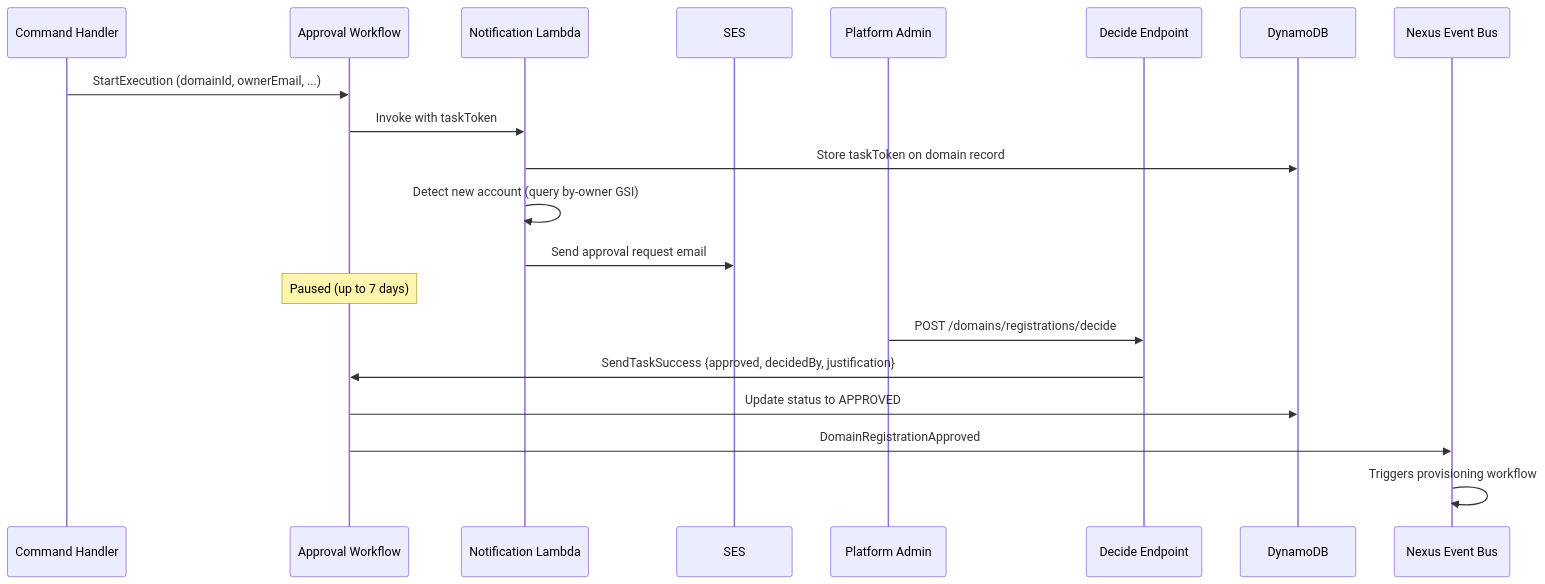
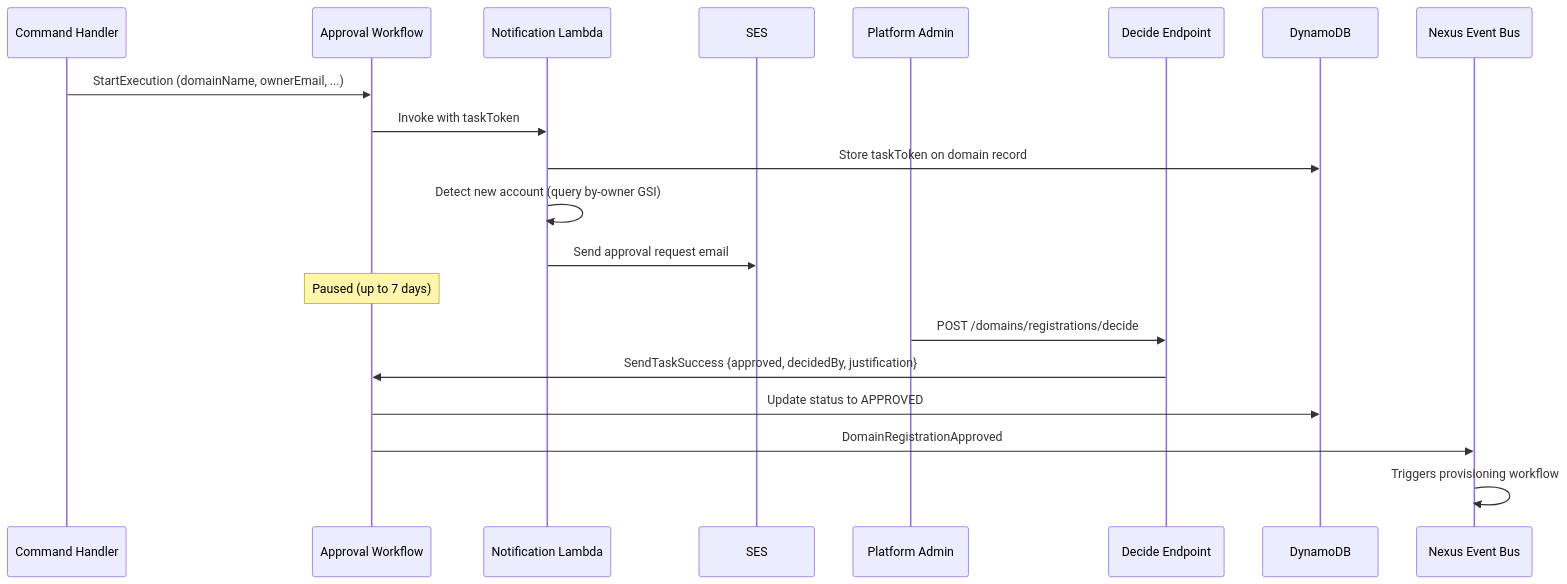
Before and after one commit to liedig/konductor4evb: the fourth of 8 diagrams in docs/development/architecture.md, drawn with Mermaid. The commit also changed other lines of this file and 2 other files, not shown here.

First line of the commit message:
docs: fix remaining domainId prose in specs and architecture

````diff
--- a/docs/development/architecture.md
+++ b/docs/development/architecture.md
@@ -177,23 +177,23 @@
 ```mermaid
 sequenceDiagram
     participant CH as Command Handler
     participant SFN as Approval Workflow
     participant NF as Notification Lambda
     participant SES as SES
     participant Admin as Platform Admin
     participant API as Decide Endpoint
     participant DDB as DynamoDB
     participant EB as Nexus Event Bus
 
-    CH->>SFN: StartExecution (domainId, ownerEmail, ...)
+    CH->>SFN: StartExecution (domainName, ownerEmail, ...)
     SFN->>NF: Invoke with taskToken
     NF->>DDB: Store taskToken on domain record
     NF->>NF: Detect new account (query by-owner GSI)
     NF->>SES: Send approval request email
     Note over SFN: Paused (up to 7 days)
     Admin->>API: POST /domains/registrations/decide
     API->>SFN: SendTaskSuccess {approved, decidedBy, justification}
     SFN->>DDB: Update status to APPROVED
     SFN->>EB: DomainRegistrationApproved
     EB->>EB: Triggers provisioning workflow
 ```
````
